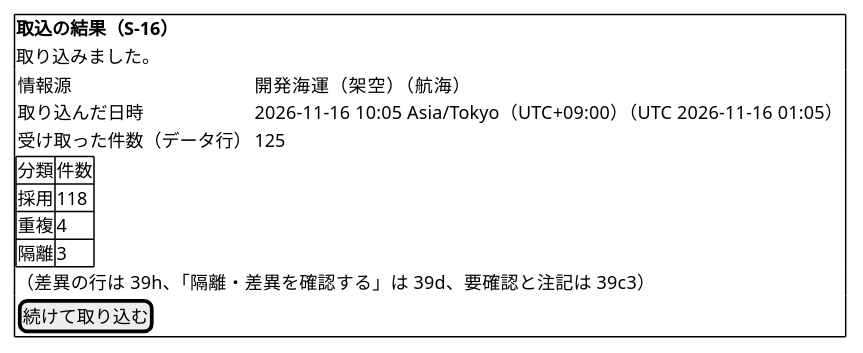
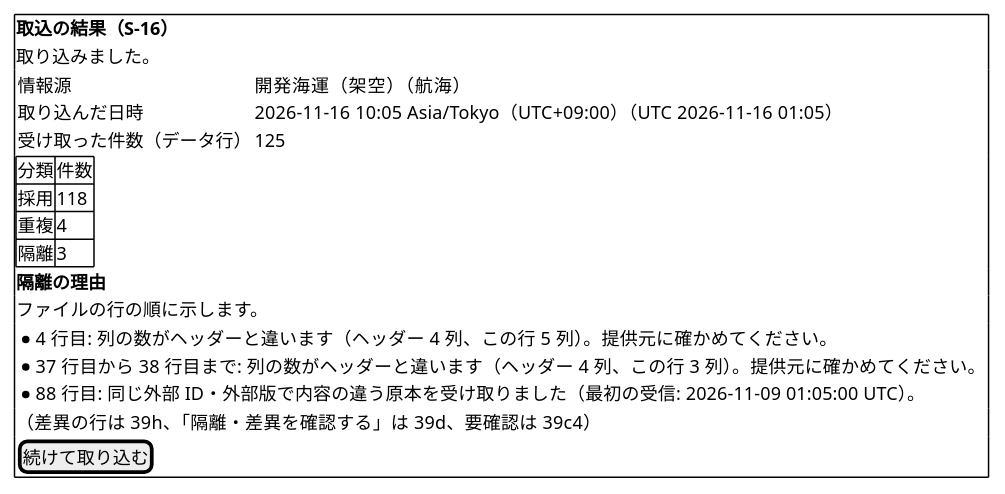
One commit to k2works/practical-domain-driven-design-in-enterpris-application changed diagram 52 of 52 in docs/design/cargo-tracker/ui_design.md. Above: the diagram before and after it, drawn with PlantUML. The commit also changed other lines of this file and 7 other files, not shown here.

````diff
--- a/docs/design/cargo-tracker/ui_design.md
+++ b/docs/design/cargo-tracker/ui_design.md
@@ -1855,21 +1858,28 @@
 ```plantuml
 @startsalt
 {+
   <b>取込の結果（S-16）
   取り込みました。
   {
     情報源 | 開発海運（架空）（航海）
     取り込んだ日時 | 2026-11-16 10:05 Asia/Tokyo（UTC+09:00）（UTC 2026-11-16 01:05）
     受け取った件数（データ行） | 125
   }
   {#
     分類 | 件数
     採用 | 118
     重複 | 4
     隔離 | 3
   }
-  （差異の行は 39h、「隔離・差異を確認する」は 39d、要確認と注記は 39c3）
+  <b>隔離の理由
+  ファイルの行の順に示します。
+  {
+    * 4 行目: 列の数がヘッダーと違います（ヘッダー 4 列、この行 5 列）。提供元に確かめてください。
+    * 37 行目から 38 行目まで: 列の数がヘッダーと違います（ヘッダー 4 列、この行 3 列）。提供元に確かめてください。
+    * 88 行目: 同じ外部 ID・外部版で内容の違う原本を受け取りました（最初の受信: 2026-11-09 01:05:00 UTC）。
+  }
+  （差異の行は 39h、「隔離・差異を確認する」は 39d、要確認は 39c4）
   [ 続けて取り込む ]
 }
 @endsalt
 ```
````
